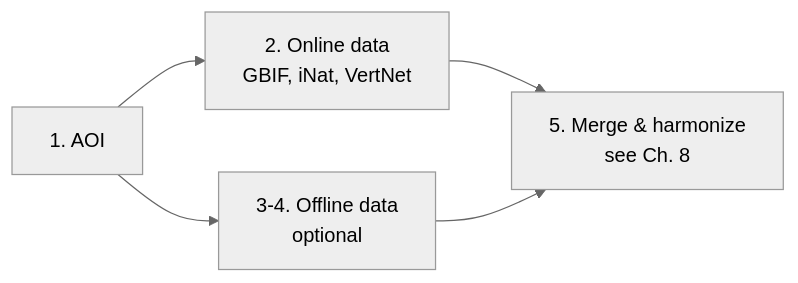
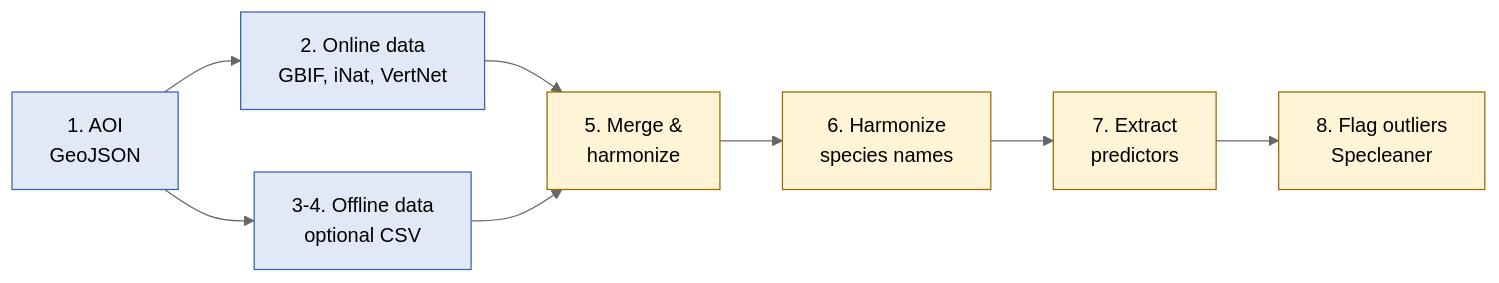
One commit to Mehrad1994/AquaINFRA_Training_Handbooks changed the diagram in docs/trainings/pan-european-use-case/07_workflow_acquisition.md. Above: the diagram before and after it, drawn with Mermaid (neutral theme). The commit also changed other lines of this file and 3 other files, not shown here.

First line of the commit message:
Fix leftover 'chapter index' wording; show all 8 steps in pipeline diagram

````diff
--- a/docs/trainings/pan-european-use-case/07_workflow_acquisition.md
+++ b/docs/trainings/pan-european-use-case/07_workflow_acquisition.md
@@ -37,7 +37,18 @@
 ```mermaid
 flowchart LR
-    A[1. AOI] --> B[2. Online data<br/>GBIF, iNat, VertNet]
-    A --> C[3-4. Offline data<br/>optional]
-    B --> M[5. Merge & harmonize<br/>see Ch. 8]
+    A["1. AOI<br/>GeoJSON"] --> B["2. Online data<br/>GBIF, iNat, VertNet"]
+    A --> C["3-4. Offline data<br/>optional CSV"]
+    B --> M["5. Merge &<br/>harmonize"]
     C --> M
+    M --> N["6. Harmonize<br/>species names"]
+    N --> O["7. Extract<br/>predictors"]
+    O --> P["8. Flag outliers<br/>Specleaner"]
+
+    style A fill:#e1e9f6,stroke:#3564AC
+    style B fill:#e1e9f6,stroke:#3564AC
+    style C fill:#e1e9f6,stroke:#3564AC
+    style M fill:#fff4d6,stroke:#9a6700
+    style N fill:#fff4d6,stroke:#9a6700
+    style O fill:#fff4d6,stroke:#9a6700
+    style P fill:#fff4d6,stroke:#9a6700
 ```
````
